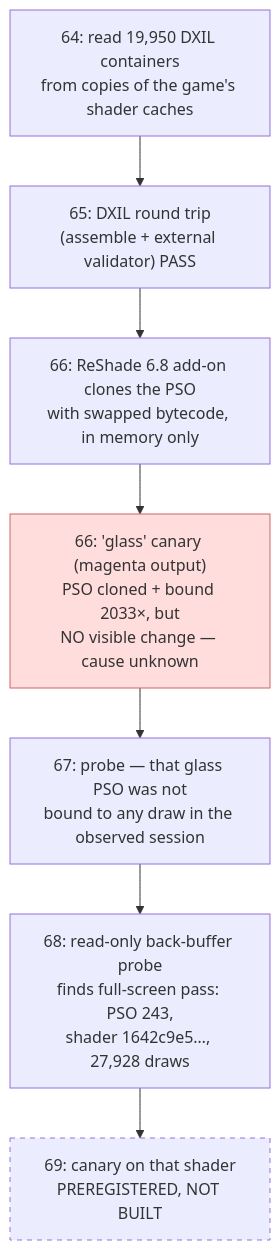
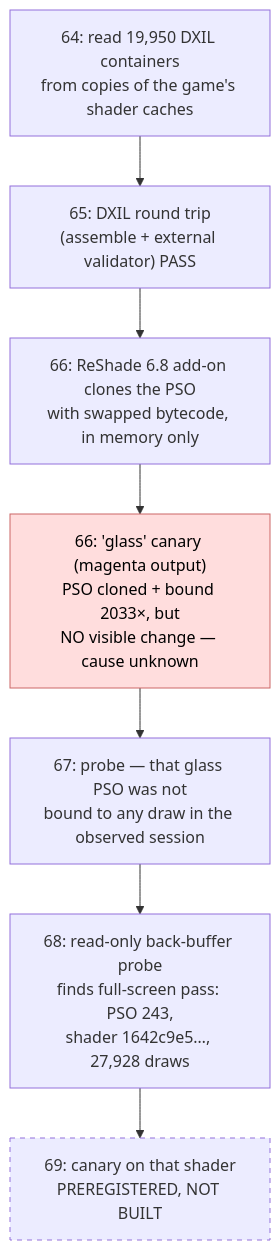
The fourth of 4 diagrams in README.md (PrimeBuild-pc/rdna2-dx12-shader-research), drawn with Mermaid before and after one commit. The commit also changed other lines of this file, not shown here.

Commit message:
README: readable diagram text in dark mode

````diff
--- a/README.md
+++ b/README.md
@@ -150,11 +150,11 @@
 ```mermaid
 flowchart TD
     A["64: read 19,950 DXIL containers<br/>from copies of the game's shader caches"] --> B["65: DXIL round trip<br/>(assemble + external validator) PASS"]
     B --> C["66: ReShade 6.8 add-on clones the PSO<br/>with swapped bytecode, in memory only"]
     C --> D["66: 'glass' canary (magenta output)<br/>PSO cloned + bound 2033×, but<br/>NO visible change — cause unknown"]
     D --> E["67: probe — that glass PSO was not<br/>bound to any draw in the observed session"]
     E --> F["68: read-only back-buffer probe<br/>finds full-screen pass: PSO 243,<br/>shader 1642c9e5…, 27,928 draws"]
     F --> G["69: canary on that shader<br/>PREREGISTERED, NOT BUILT"]
-    style D fill:#fdd,stroke:#c66
+    style D fill:#fdd,stroke:#c66,color:#000
     style G stroke-dasharray: 5 5
 ```
````
